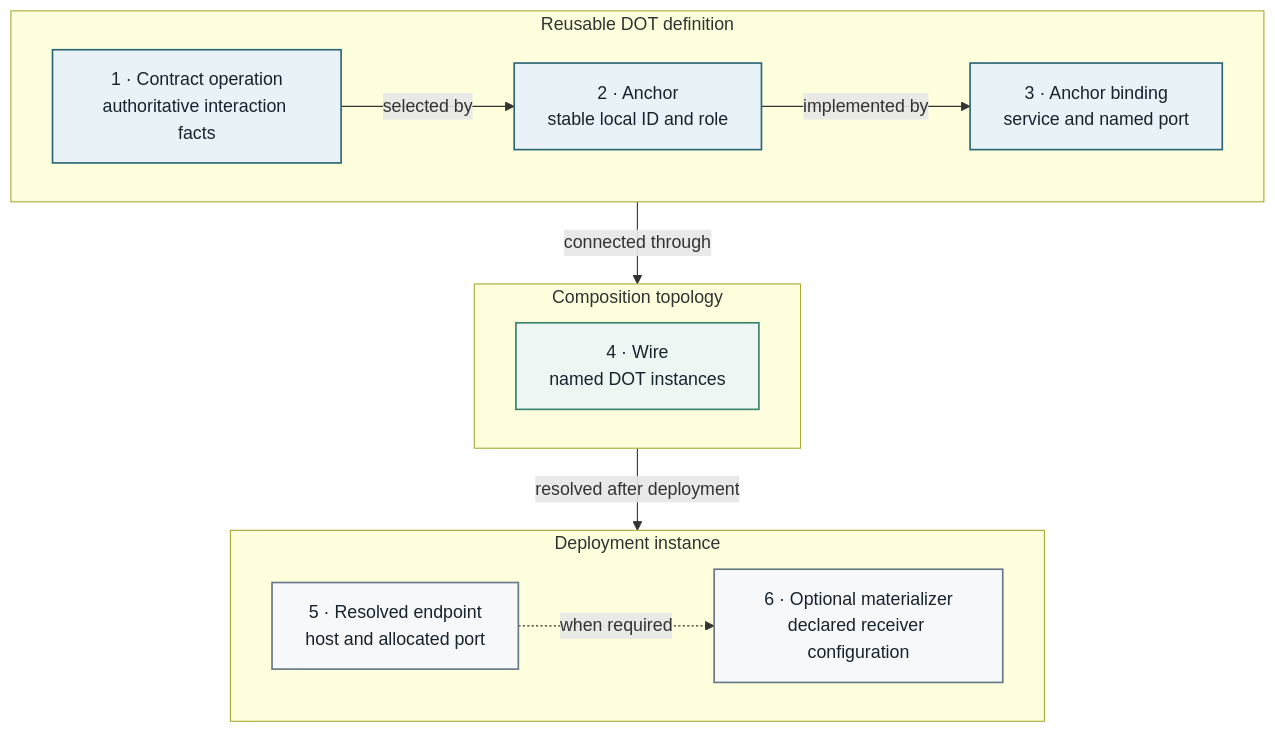
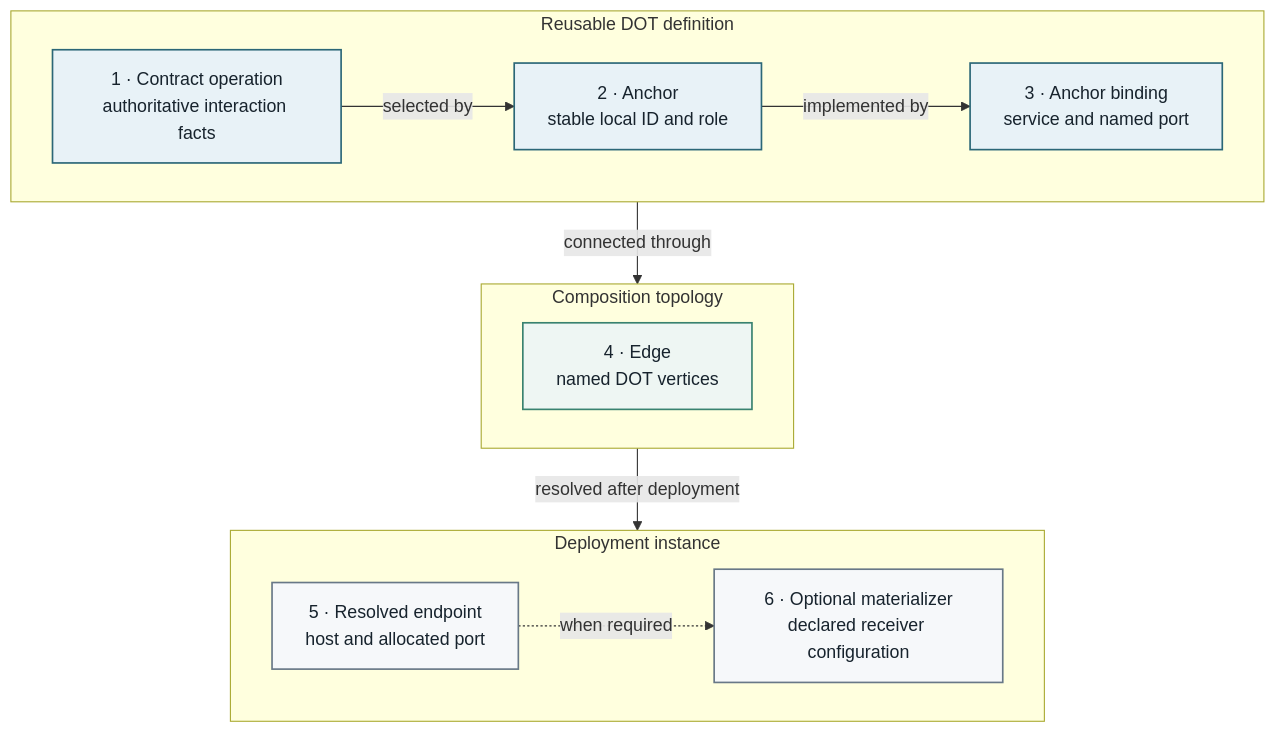
Before and after one commit to MARE-EU-Project/DOT-Docs: the diagram in DOT-Design/next/dot-design/_attachments/diagrams/contract-anchor-wire-chain.mmd, drawn with Mermaid. The commit also changed 257 other files, not shown here.

```diff
--- a/DOT-Design/next/dot-design/_attachments/diagrams/contract-anchor-wire-chain.mmd
+++ b/DOT-Design/next/dot-design/_attachments/diagrams/contract-anchor-wire-chain.mmd
@@ -1,33 +1,33 @@
 flowchart TB
   accTitle: Contract to runtime connection chain
-  accDescr: Contract semantics are selected by a stable Anchor, implemented by a service-port binding, connected by a composition wire, and resolved to a runtime endpoint with an optional configuration materializer.
+  accDescr: Contract semantics are selected by a stable Anchor, implemented by a service-port binding, connected by a composition edge, and resolved to a runtime endpoint with an optional configuration materializer.
 
   subgraph Definition["Reusable DOT definition"]
     direction LR
     Contract["1 · Contract operation<br/>authoritative interaction facts"]
     Anchor["2 · Anchor<br/>stable local ID and role"]
     Binding["3 · Anchor binding<br/>service and named port"]
     Contract -->|selected by| Anchor
     Anchor -->|implemented by| Binding
   end
 
   subgraph Topology["Composition topology"]
-    Wire["4 · Wire<br/>named DOT instances"]
+    Edge["4 · Edge<br/>named DOT vertices"]
   end
 
   subgraph Runtime["Deployment instance"]
     direction LR
     Endpoint["5 · Resolved endpoint<br/>host and allocated port"]
     Materializer["6 · Optional materializer<br/>declared receiver configuration"]
     Endpoint -.->|when required| Materializer
   end
 
   Definition -->|connected through| Topology
   Topology -->|resolved after deployment| Runtime
 
   classDef definition fill:#e8f2f7,stroke:#2b6777,color:#17232d,stroke-width:1.5px;
   classDef topology fill:#eef6f3,stroke:#39826f,color:#17232d,stroke-width:1.5px;
   classDef runtime fill:#f6f8fa,stroke:#687887,color:#17232d,stroke-width:1.5px;
   class Contract,Anchor,Binding definition;
-  class Wire topology;
+  class Edge topology;
   class Endpoint,Materializer runtime;
```
